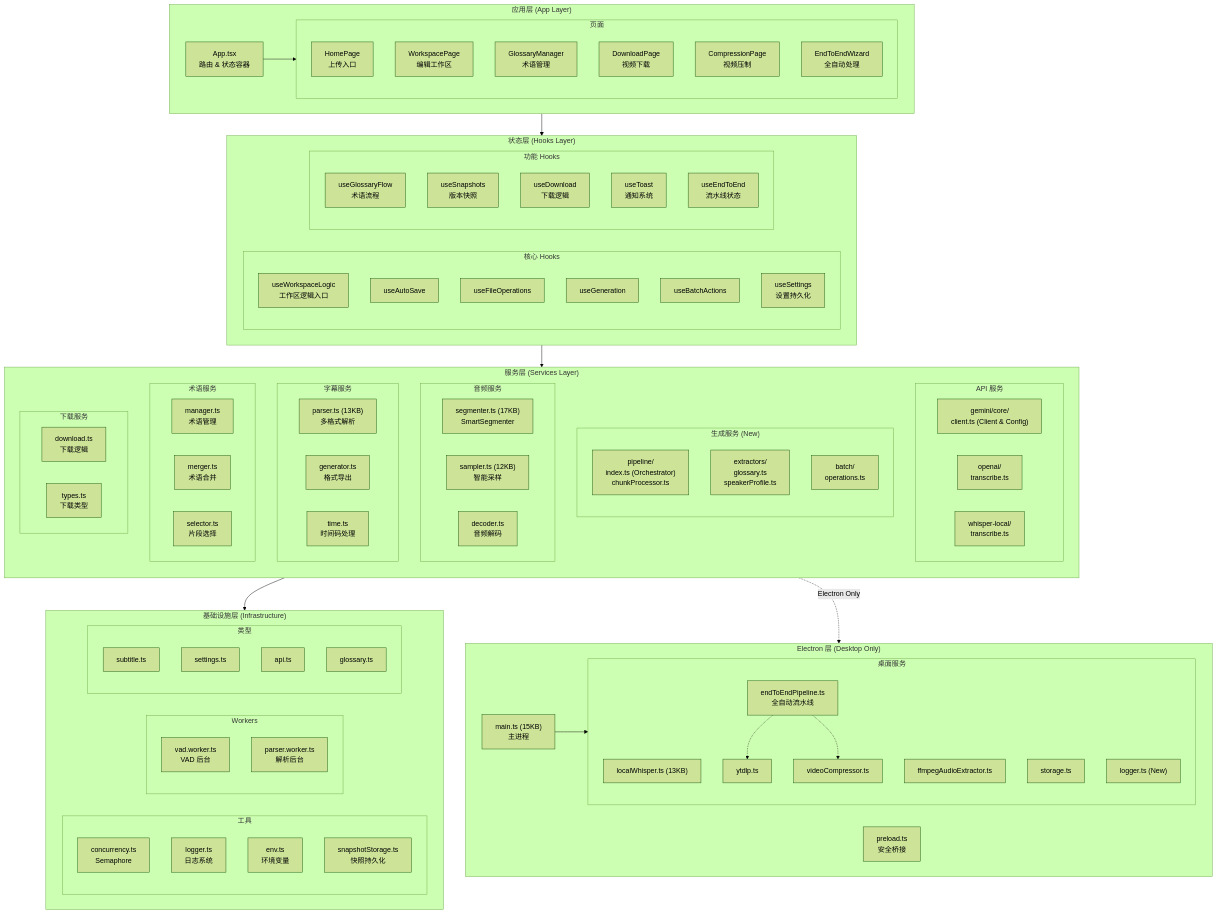
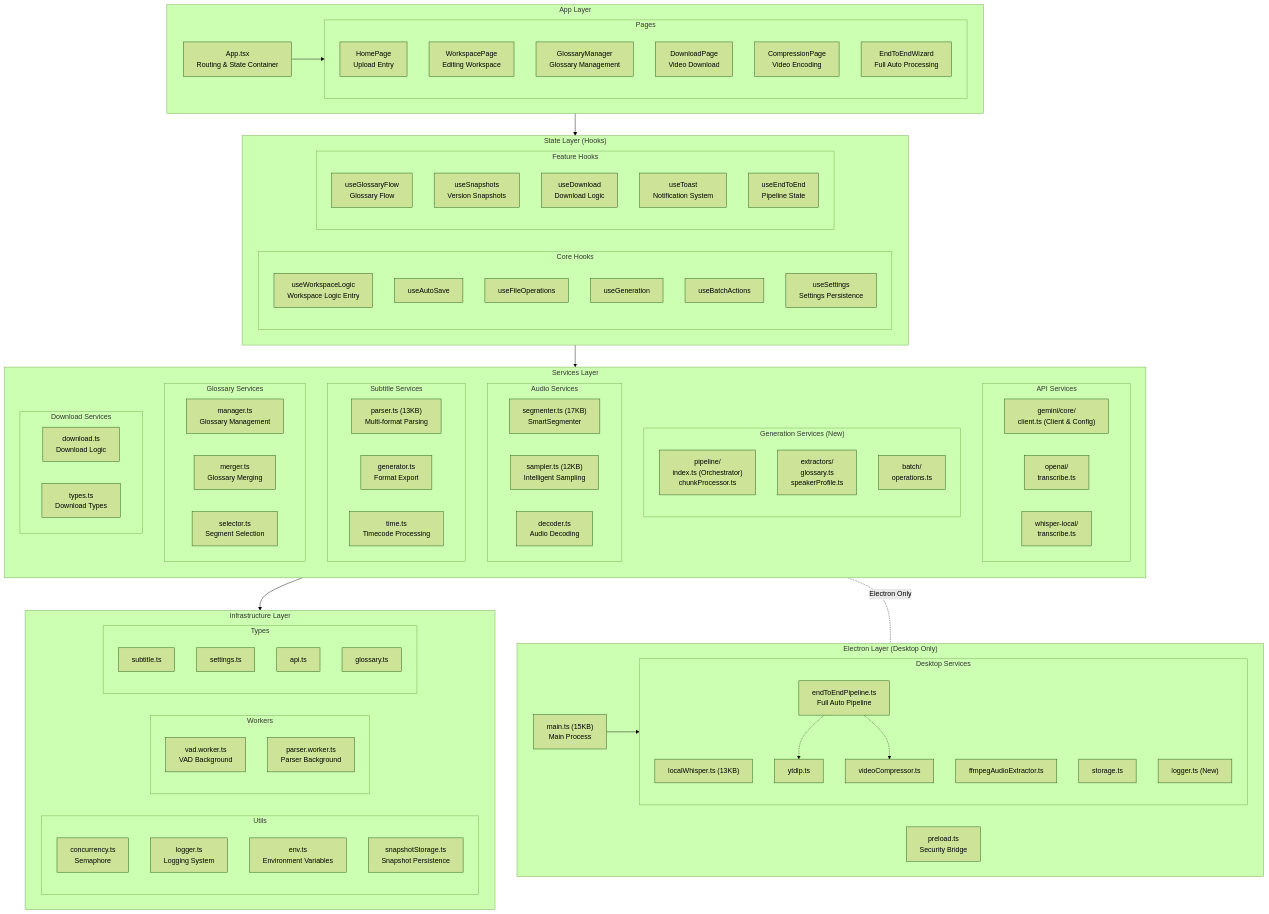
Before and after one commit to corvo007/MioSub: the second of 14 diagrams in docs/ARCHITECTURE.md, drawn with Mermaid (forest theme). The commit also changed other lines of this file and 3 other files, not shown here.

First line of the commit message:
docs: add bilingual README and ARCHITECTURE documentation

````diff
--- a/docs/ARCHITECTURE.md
+++ b/docs/ARCHITECTURE.md
@@ -128,103 +130,103 @@
 ```mermaid
 flowchart TB
-    subgraph APP_LAYER["应用层 (App Layer)"]
+    subgraph APP_LAYER["App Layer"]
         direction LR
-        APP["App.tsx<br/>路由 & 状态容器"]
+        APP["App.tsx<br/>Routing & State Container"]
 
-        subgraph PAGES["页面"]
-            HOME["HomePage<br/>上传入口"]
-            WORKSPACE["WorkspacePage<br/>编辑工作区"]
-            GLOSSARY_PAGE["GlossaryManager<br/>术语管理"]
-            DOWNLOAD_PAGE["DownloadPage<br/>视频下载"]
-            COMPRESS_PAGE["CompressionPage<br/>视频压制"]
-            E2E_WIZARD["EndToEndWizard<br/>全自动处理"]
+        subgraph PAGES["Pages"]
+            HOME["HomePage<br/>Upload Entry"]
+            WORKSPACE["WorkspacePage<br/>Editing Workspace"]
+            GLOSSARY_PAGE["GlossaryManager<br/>Glossary Management"]
+            DOWNLOAD_PAGE["DownloadPage<br/>Video Download"]
+            COMPRESS_PAGE["CompressionPage<br/>Video Encoding"]
+            E2E_WIZARD["EndToEndWizard<br/>Full Auto Processing"]
         end
 
         APP --> PAGES
     end
 
-    subgraph HOOKS_LAYER["状态层 (Hooks Layer)"]
+    subgraph HOOKS_LAYER["State Layer (Hooks)"]
         direction LR
 
-        subgraph CORE_HOOKS["核心 Hooks"]
-            USE_WORKSPACE["useWorkspaceLogic<br/>工作区逻辑入口"]
+        subgraph CORE_HOOKS["Core Hooks"]
+            USE_WORKSPACE["useWorkspaceLogic<br/>Workspace Logic Entry"]
             USE_AUTO_SAVE["useAutoSave"]
             USE_FILE_OPS["useFileOperations"]
             USE_GENERATION["useGeneration"]
             USE_BATCH["useBatchActions"]
-            USE_SETTINGS["useSettings<br/>设置持久化"]
+            USE_SETTINGS["useSettings<br/>Settings Persistence"]
         end
 
-        subgraph FEATURE_HOOKS["功能 Hooks"]
-            USE_GLOSSARY["useGlossaryFlow<br/>术语流程"]
-            USE_SNAPSHOTS["useSnapshots<br/>版本快照"]
-            USE_DOWNLOAD["useDownload<br/>下载逻辑"]
-            USE_TOAST["useToast<br/>通知系统"]
-            USE_E2E["useEndToEnd<br/>流水线状态"]
+        subgraph FEATURE_HOOKS["Feature Hooks"]
+            USE_GLOSSARY["useGlossaryFlow<br/>Glossary Flow"]
+            USE_SNAPSHOTS["useSnapshots<br/>Version Snapshots"]
+            USE_DOWNLOAD["useDownload<br/>Download Logic"]
+            USE_TOAST["useToast<br/>Notification System"]
+            USE_E2E["useEndToEnd<br/>Pipeline State"]
         end
     end
 
-    subgraph SERVICES_LAYER["服务层 (Services Layer)"]
+    subgraph SERVICES_LAYER["Services Layer"]
         direction TB
 
-        subgraph API_SVC["API 服务"]
+        subgraph API_SVC["API Services"]
             direction LR
             GEMINI_CORE["gemini/core/<br/>client.ts (Client & Config)"]
             OPENAI_SVC2["openai/<br/>transcribe.ts"]
             WHISPER_SVC["whisper-local/<br/>transcribe.ts"]
         end
 
-        subgraph GENERATION_SVC["生成服务 (New)"]
+        subgraph GENERATION_SVC["Generation Services (New)"]
             direction TB
             PIPELINE["pipeline/<br/>index.ts (Orchestrator)<br/>chunkProcessor.ts"]
             EXTRACTORS["extractors/<br/>glossary.ts<br/>speakerProfile.ts"]
             BATCH_OPS["batch/<br/>operations.ts"]
         end
 
-        subgraph AUDIO_SVC["音频服务"]
+        subgraph AUDIO_SVC["Audio Services"]
             direction LR
             SEGMENTER_SVC["segmenter.ts (17KB)<br/>SmartSegmenter"]
-            SAMPLER_SVC["sampler.ts (12KB)<br/>智能采样"]
-            DECODER_SVC["decoder.ts<br/>音频解码"]
+            SAMPLER_SVC["sampler.ts (12KB)<br/>Intelligent Sampling"]
+            DECODER_SVC["decoder.ts<br/>Audio Decoding"]
         end
 
-        subgraph SUBTITLE_SVC["字幕服务"]
+        subgraph SUBTITLE_SVC["Subtitle Services"]
             direction LR
-            PARSER_SVC["parser.ts (13KB)<br/>多格式解析"]
-            GENERATOR_SVC["generator.ts<br/>格式导出"]
-            TIME_SVC["time.ts<br/>时间码处理"]
+            PARSER_SVC["parser.ts (13KB)<br/>Multi-format Parsing"]
+            GENERATOR_SVC["generator.ts<br/>Format Export"]
+            TIME_SVC["time.ts<br/>Timecode Processing"]
         end
 
-        subgraph GLOSSARY_SVC["术语服务"]
+        subgraph GLOSSARY_SVC["Glossary Services"]
             direction LR
-            MANAGER_SVC["manager.ts<br/>术语管理"]
-            MERGER_SVC["merger.ts<br/>术语合并"]
-            SELECTOR_SVC["selector.ts<br/>片段选择"]
+            MANAGER_SVC["manager.ts<br/>Glossary Management"]
+            MERGER_SVC["merger.ts<br/>Glossary Merging"]
+            SELECTOR_SVC["selector.ts<br/>Segment Selection"]
         end
 
-        subgraph DOWNLOAD_SVC["下载服务"]
+        subgraph DOWNLOAD_SVC["Download Services"]
             direction LR
-            DL_SVC["download.ts<br/>下载逻辑"]
-            DL_TYPES["types.ts<br/>下载类型"]
+            DL_SVC["download.ts<br/>Download Logic"]
+            DL_TYPES["types.ts<br/>Download Types"]
         end
     end
 
-    subgraph INFRA_LAYER["基础设施层 (Infrastructure)"]
+    subgraph INFRA_LAYER["Infrastructure Layer"]
         direction LR
 
-        subgraph UTILS["工具"]
+        subgraph UTILS["Utils"]
             CONCURRENCY["concurrency.ts<br/>Semaphore"]
-            LOGGER["logger.ts<br/>日志系统"]
-            ENV["env.ts<br/>环境变量"]
-            SNAPSHOT["snapshotStorage.ts<br/>快照持久化"]
+            LOGGER["logger.ts<br/>Logging System"]
+            ENV["env.ts<br/>Environment Variables"]
+            SNAPSHOT["snapshotStorage.ts<br/>Snapshot Persistence"]
         end
 
         subgraph WORKERS_GROUP["Workers"]
-            VAD_WORKER["vad.worker.ts<br/>VAD 后台"]
-            PARSER_WORKER["parser.worker.ts<br/>解析后台"]
+            VAD_WORKER["vad.worker.ts<br/>VAD Background"]
+            PARSER_WORKER["parser.worker.ts<br/>Parser Background"]
         end
 
-        subgraph TYPES_GROUP["类型"]
+        subgraph TYPES_GROUP["Types"]
             SUBTITLE_TYPE["subtitle.ts"]
             SETTINGS_TYPE["settings.ts"]
             API_TYPE["api.ts"]
@@ -232,17 +234,17 @@
         end
     end
 
-    subgraph ELECTRON_LAYER["Electron 层 (Desktop Only)"]
+    subgraph ELECTRON_LAYER["Electron Layer (Desktop Only)"]
         direction LR
-        MAIN_PROCESS["main.ts (15KB)<br/>主进程"]
-        PRELOAD_SCRIPT["preload.ts<br/>安全桥接"]
+        MAIN_PROCESS["main.ts (15KB)<br/>Main Process"]
+        PRELOAD_SCRIPT["preload.ts<br/>Security Bridge"]
 
-        subgraph ELECTRON_SVC["桌面服务"]
+        subgraph ELECTRON_SVC["Desktop Services"]
             LOCAL_WHISPER_SVC["localWhisper.ts (13KB)"]
             FFMPEG_SVC["ffmpegAudioExtractor.ts"]
             COMPRESSOR_SVC["videoCompressor.ts"]
             YTDLP_SVC["ytdlp.ts"]
-            PIPELINE_SVC["endToEndPipeline.ts<br/>全自动流水线"]
+            PIPELINE_SVC["endToEndPipeline.ts<br/>Full Auto Pipeline"]
             STORAGE_SVC["storage.ts"]
             LOGGER_SVC["logger.ts (New)"]
         end
@@ -255,5 +257,5 @@
     APP_LAYER --> HOOKS_LAYER
     HOOKS_LAYER --> SERVICES_LAYER
     SERVICES_LAYER --> INFRA_LAYER
-    SERVICES_LAYER -.->|"Electron Only"| ELECTRON_LAYER
+    SERVICES_LAYER -.-|"Electron Only"| ELECTRON_LAYER
 ```
````
